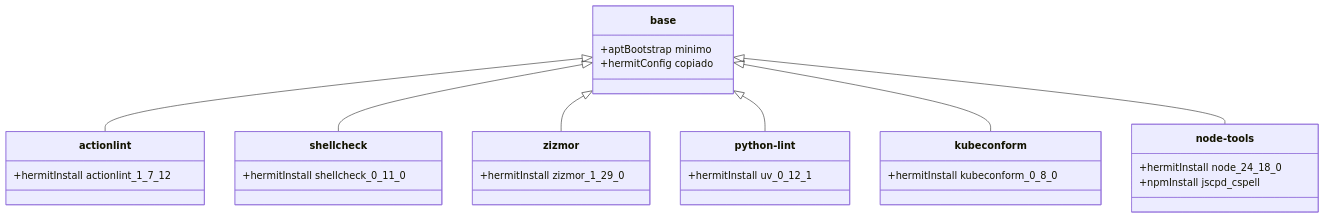
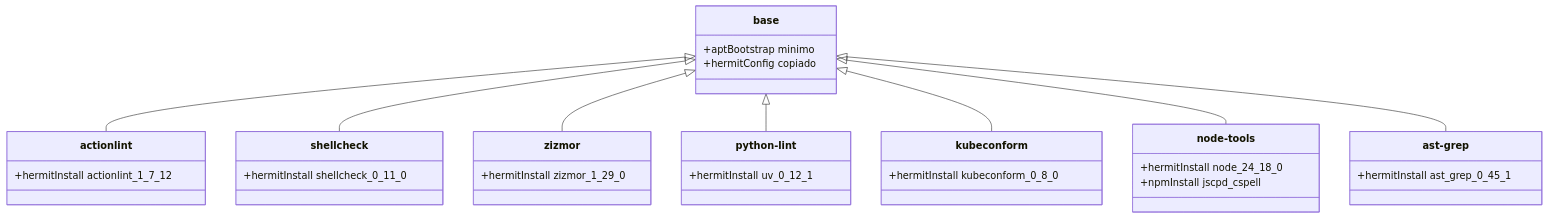
Before and after one commit to ladesa-ro/infrastructure: the sixth of 14 diagrams in docs/operacao/desenvolvimento.md, drawn with Mermaid. The commit also changed other lines of this file and 3 other files, not shown here.

````diff
--- a/docs/operacao/desenvolvimento.md
+++ b/docs/operacao/desenvolvimento.md
@@ -187,32 +193,36 @@
 ```mermaid
 classDiagram
     class base {
         +aptBootstrap minimo
         +hermitConfig copiado
     }
     class actionlint {
         +hermitInstall actionlint_1_7_12
     }
     class shellcheck {
         +hermitInstall shellcheck_0_11_0
     }
     class zizmor {
         +hermitInstall zizmor_1_29_0
     }
     class pythonLint["python-lint"] {
         +hermitInstall uv_0_12_1
     }
     class kubeconform {
         +hermitInstall kubeconform_0_8_0
     }
     class nodeTools["node-tools"] {
         +hermitInstall node_24_18_0
         +npmInstall jscpd_cspell
     }
+    class astGrep["ast-grep"] {
+        +hermitInstall ast_grep_0_45_1
+    }
     base <|-- actionlint
     base <|-- shellcheck
     base <|-- zizmor
     base <|-- pythonLint
     base <|-- kubeconform
     base <|-- nodeTools
+    base <|-- astGrep
 ```
````
